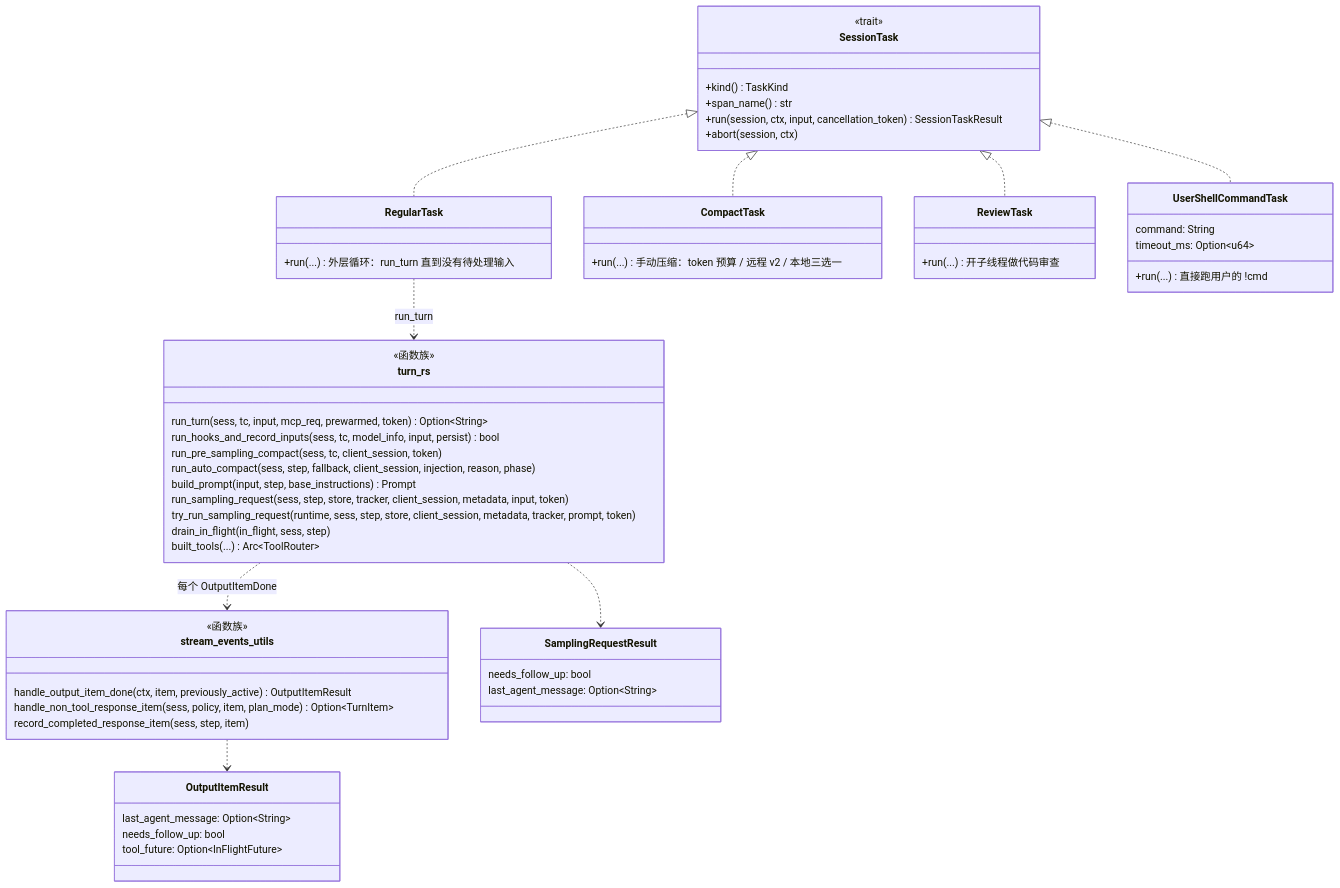
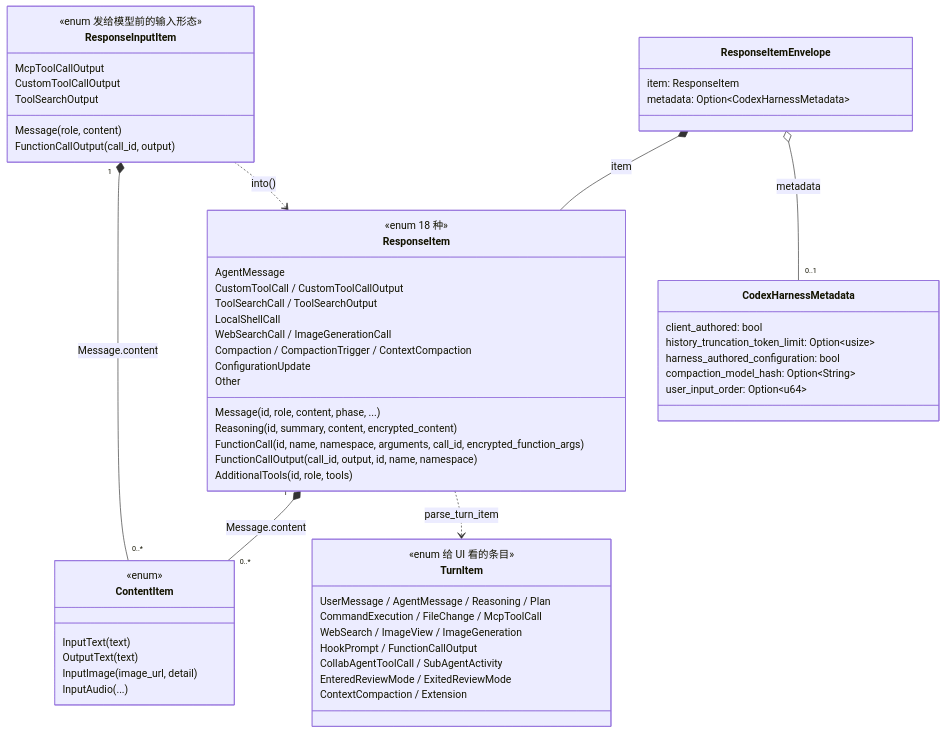
One commit to nickqiaoo/nickqiaoo.github.io changed diagram 15 of 28 in src/content/post/agents-codex/index.md. Above: the diagram before and after it, drawn with Mermaid. The commit also changed other lines of this file and 1 other file, not shown here.

First line of the commit message:
docs(agents-codex): expand app-server to core execution path

````diff
--- a/src/content/post/agents-codex/index.md
+++ b/src/content/post/agents-codex/index.md
@@ -776,59 +1004,61 @@
 ```mermaid
 classDiagram
-  class SessionTask {
-    <<trait>>
-    +kind() TaskKind
-    +span_name() str
-    +run(session, ctx, input, cancellation_token) SessionTaskResult
-    +abort(session, ctx)
+  class ResponseItem {
+    <<enum 18 种>>
+    Message(id, role, content, phase, ...)
+    AgentMessage
+    Reasoning(id, summary, content, encrypted_content)
+    FunctionCall(id, name, namespace, arguments, call_id, encrypted_function_args)
+    FunctionCallOutput(call_id, output, id, name, namespace)
+    CustomToolCall / CustomToolCallOutput
+    ToolSearchCall / ToolSearchOutput
+    LocalShellCall
+    WebSearchCall / ImageGenerationCall
+    Compaction / CompactionTrigger / ContextCompaction
+    ConfigurationUpdate
+    AdditionalTools(id, role, tools)
+    Other
   }
-  class RegularTask {
-    +run(...) 外层循环：run_turn 直到没有待处理输入
+  class ContentItem {
+    <<enum>>
+    InputText(text)
+    OutputText(text)
+    InputImage(image_url, detail)
+    InputAudio(...)
   }
-  class CompactTask {
-    +run(...) 手动压缩：token 预算 / 远程 v2 / 本地三选一
+  class ResponseInputItem {
+    <<enum 发给模型前的输入形态>>
+    Message(role, content)
+    FunctionCallOutput(call_id, output)
+    McpToolCallOutput
+    CustomToolCallOutput
+    ToolSearchOutput
   }
-  class ReviewTask {
-    +run(...) 开子线程做代码审查
+  class ResponseItemEnvelope {
+    item: ResponseItem
+    metadata: Option~CodexHarnessMetadata~
   }
-  class UserShellCommandTask {
-    command: String
-    timeout_ms: Option~u64~
-    +run(...) 直接跑用户的 !cmd
+  class CodexHarnessMetadata {
+    client_authored: bool
+    history_truncation_token_limit: Option~usize~
+    harness_authored_configuration: bool
+    compaction_model_hash: Option~String~
+    user_input_order: Option~u64~
   }
-  class turn_rs {
-    <<函数族>>
-    run_turn(sess, tc, input, mcp_req, prewarmed, token) Option~String~
-    run_hooks_and_record_inputs(sess, tc, model_info, input, persist) bool
-    run_pre_sampling_compact(sess, tc, client_session, token)
-    run_auto_compact(sess, step, fallback, client_session, injection, reason, phase)
-    build_prompt(input, step, base_instructions) Prompt
-    run_sampling_request(sess, step, store, tracker, client_session, metadata, input, token)
-    try_run_sampling_request(runtime, sess, step, store, client_session, metadata, tracker, prompt, token)
-    drain_in_flight(in_flight, sess, step)
-    built_tools(...) Arc~ToolRouter~
+  class TurnItem {
+    <<enum 给 UI 看的条目>>
+    UserMessage / AgentMessage / Reasoning / Plan
+    CommandExecution / FileChange / McpToolCall
+    WebSearch / ImageView / ImageGeneration
+    HookPrompt / FunctionCallOutput
+    CollabAgentToolCall / SubAgentActivity
+    EnteredReviewMode / ExitedReviewMode
+    ContextCompaction / Extension
   }
-  class stream_events_utils {
-    <<函数族>>
-    handle_output_item_done(ctx, item, previously_active) OutputItemResult
-    handle_non_tool_response_item(sess, policy, item, plan_mode) Option~TurnItem~
-    record_completed_response_item(sess, step, item)
-  }
-  class SamplingRequestResult {
-    needs_follow_up: bool
-    last_agent_message: Option~String~
-  }
-  class OutputItemResult {
-    last_agent_message: Option~String~
-    needs_follow_up: bool
-    tool_future: Option~InFlightFuture~
-  }
-  SessionTask <|.. RegularTask
-  SessionTask <|.. CompactTask
-  SessionTask <|.. ReviewTask
-  SessionTask <|.. UserShellCommandTask
-  RegularTask ..> turn_rs : run_turn
-  turn_rs ..> stream_events_utils : 每个 OutputItemDone
-  turn_rs ..> SamplingRequestResult
-  stream_events_utils ..> OutputItemResult
+  ResponseInputItem "1" *-- "0..*" ContentItem : Message.content
+  ResponseItem "1" *-- "0..*" ContentItem : Message.content
+  ResponseItemEnvelope *-- ResponseItem : item
+  ResponseItemEnvelope o-- "0..1" CodexHarnessMetadata : metadata
+  ResponseInputItem ..> ResponseItem : into()
+  ResponseItem ..> TurnItem : parse_turn_item
 ```
````
